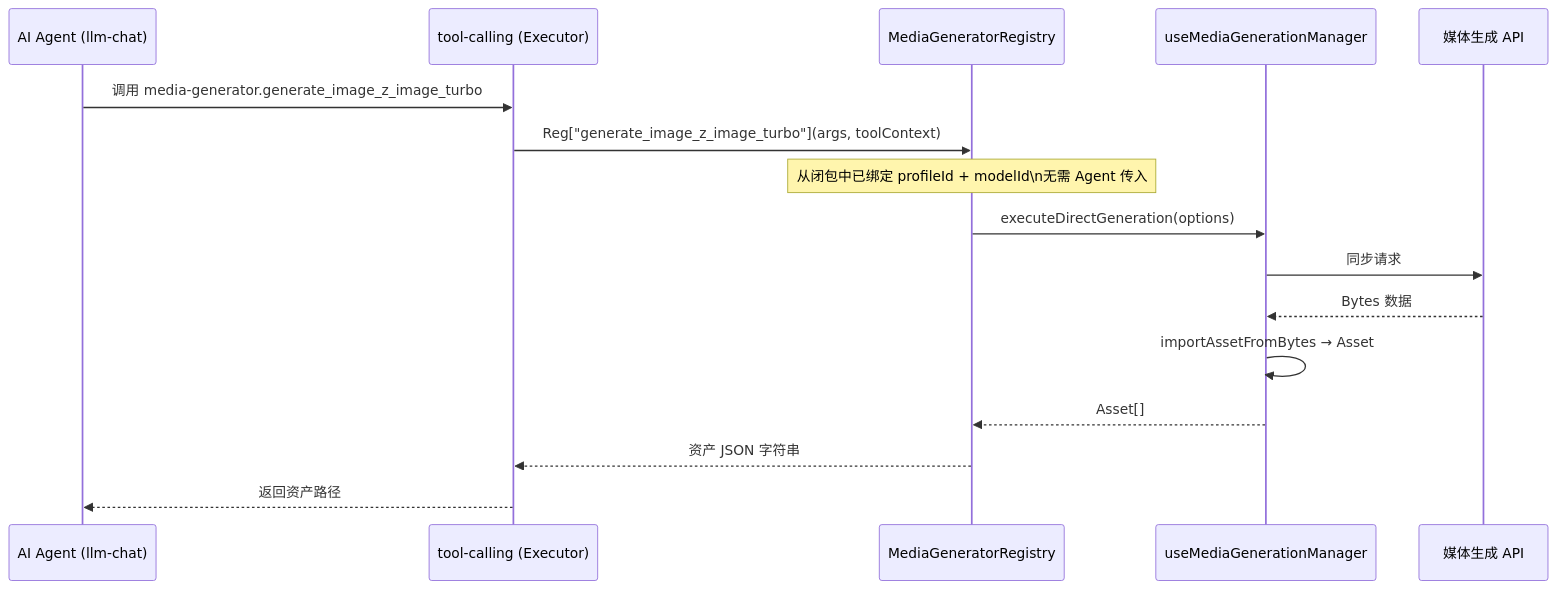
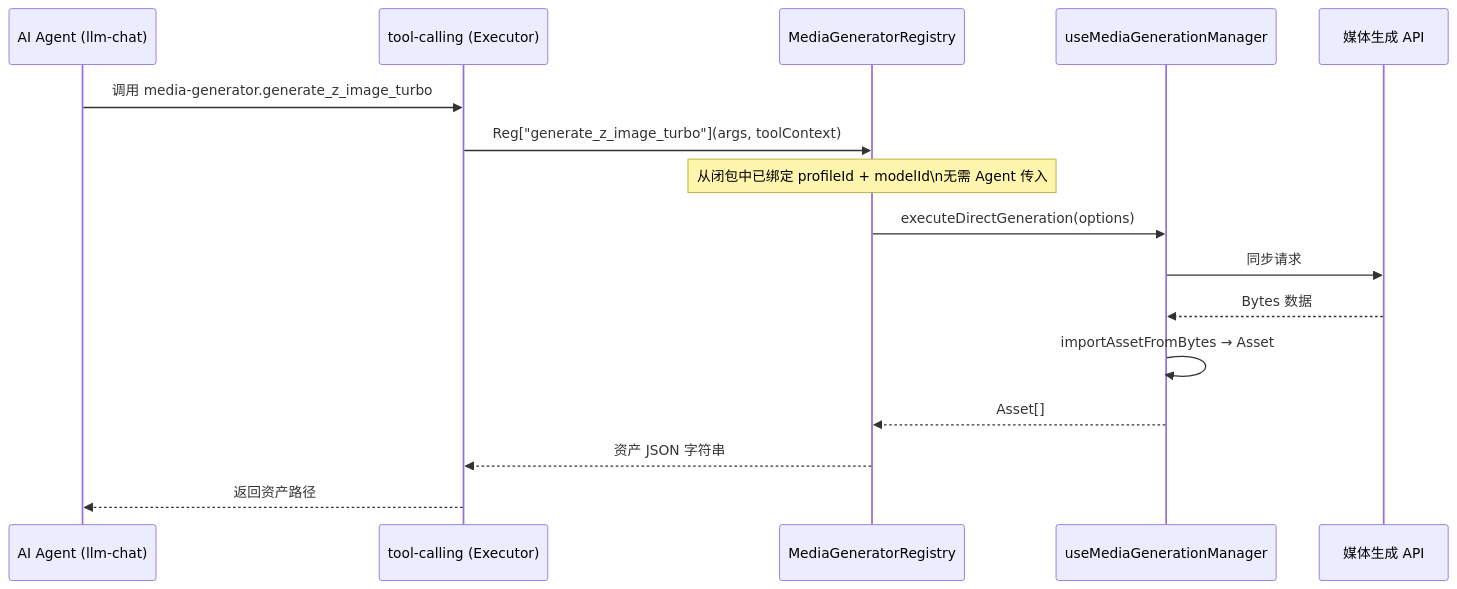
The second of 3 diagrams in src/tools/media-generator/doc/Plan/agent-integration-plan.md (miaotouy/aio-hub), drawn with Mermaid before and after one commit. The commit also changed other lines of this file, not shown here.

First line of the commit message:
docs(media-generator): 更新 Agent 集成方案，支持全模态与渠道透明路由

````diff
--- a/src/tools/media-generator/doc/Plan/agent-integration-plan.md
+++ b/src/tools/media-generator/doc/Plan/agent-integration-plan.md
@@ -181,19 +226,19 @@
 ```mermaid
 sequenceDiagram
     participant Agent as AI Agent (llm-chat)
     participant TC as tool-calling (Executor)
     participant Reg as MediaGeneratorRegistry
     participant Mgr as useMediaGenerationManager
     participant API as 媒体生成 API
 
-    Agent->>TC: 调用 media-generator.generate_image_z_image_turbo
-    TC->>Reg: Reg["generate_image_z_image_turbo"](args, toolContext)
+    Agent->>TC: 调用 media-generator.generate_z_image_turbo
+    TC->>Reg: Reg["generate_z_image_turbo"](args, toolContext)
     Note over Reg: 从闭包中已绑定 profileId + modelId\n无需 Agent 传入
     Reg->>Mgr: executeDirectGeneration(options)
     Mgr->>API: 同步请求
     API-->>Mgr: Bytes 数据
     Mgr->>Mgr: importAssetFromBytes → Asset
     Mgr-->>Reg: Asset[]
     Reg-->>TC: 资产 JSON 字符串
     TC-->>Agent: 返回资产路径
 ```
````
